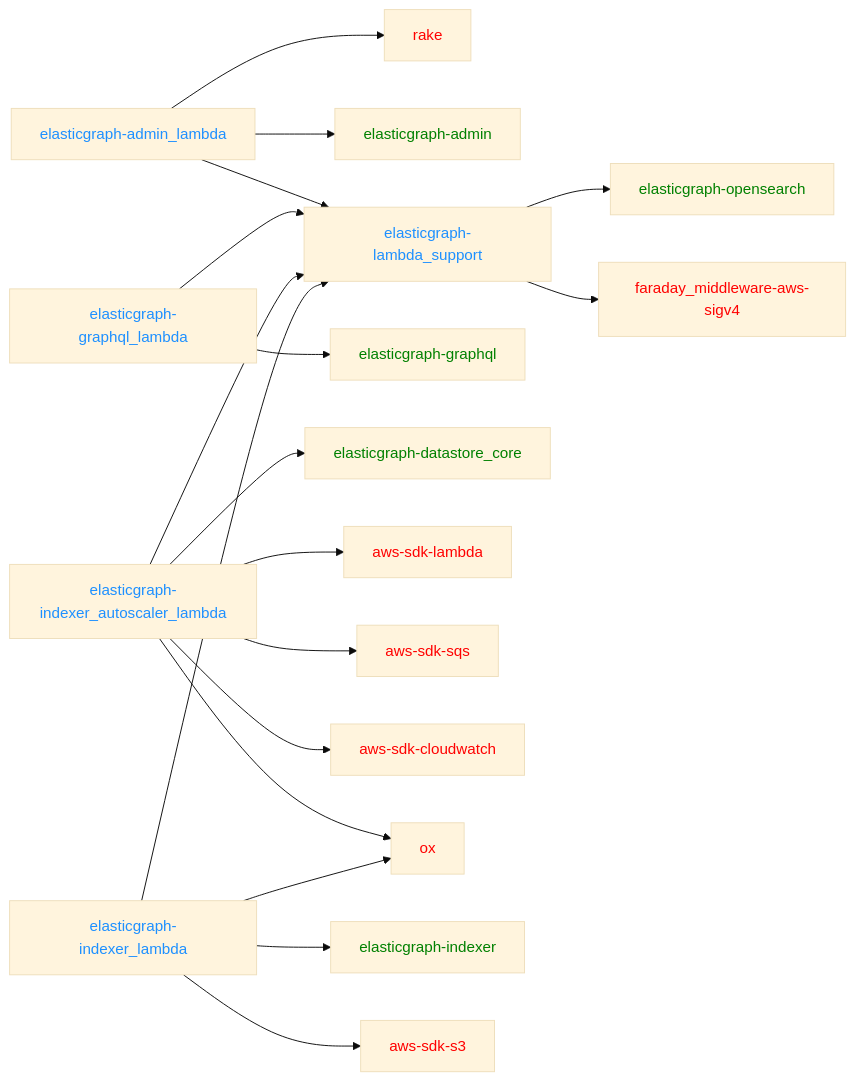
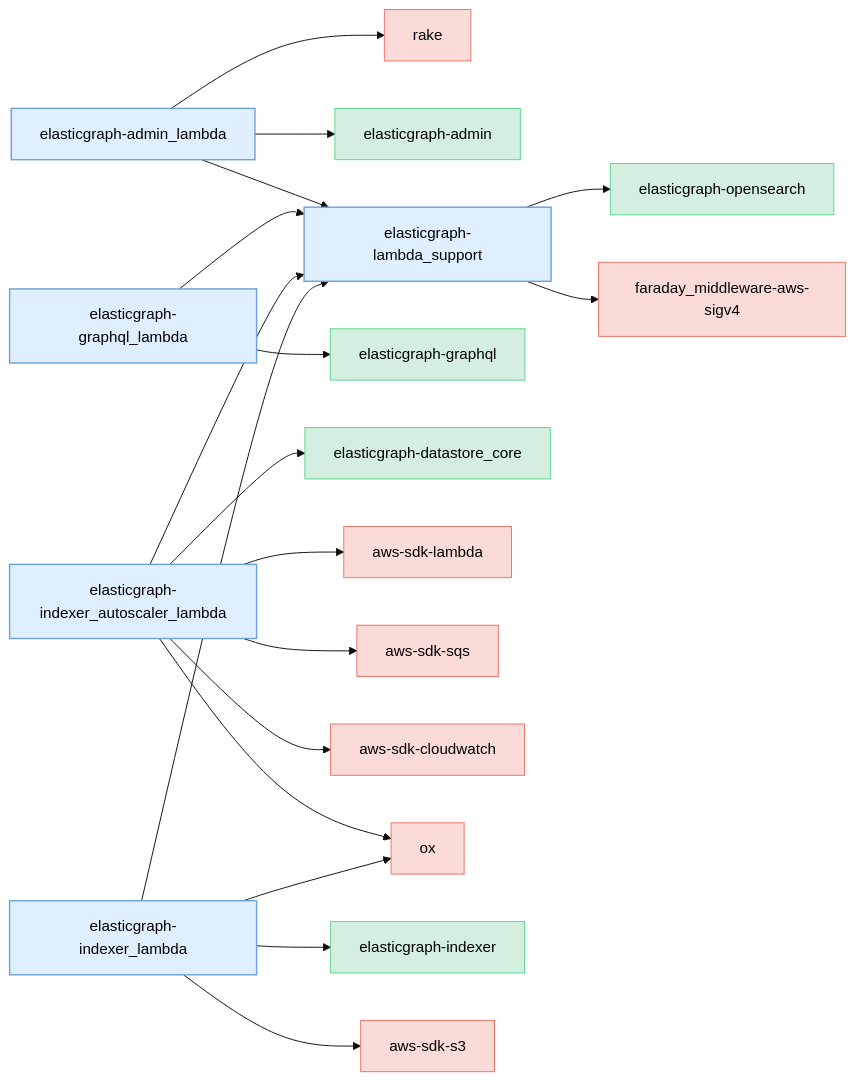
Before and after one commit to block/elasticgraph: the second of 5 diagrams in CODEBASE_OVERVIEW.md, drawn with Mermaid (base theme). The commit also changed other lines of this file and 23 other files, not shown here.

````diff
--- a/CODEBASE_OVERVIEW.md
+++ b/CODEBASE_OVERVIEW.md
@@ -65,32 +96,64 @@
 ```mermaid
 graph LR;
-    elasticgraph-admin_lambda --> rake & elasticgraph-admin & elasticgraph-lambda_support
-    elasticgraph-graphql_lambda --> elasticgraph-graphql & elasticgraph-lambda_support
-    elasticgraph-indexer_autoscaler_lambda --> elasticgraph-datastore_core & elasticgraph-lambda_support & aws-sdk-lambda & aws-sdk-sqs & aws-sdk-cloudwatch & ox
-    elasticgraph-indexer_lambda --> elasticgraph-indexer & elasticgraph-lambda_support & aws-sdk-s3 & ox
-    elasticgraph-lambda_support --> elasticgraph-opensearch & faraday_middleware-aws-sigv4
-    style elasticgraph-admin_lambda color:DodgerBlue;
-    style elasticgraph-graphql_lambda color:DodgerBlue;
-    style elasticgraph-indexer_autoscaler_lambda color:DodgerBlue;
-    style elasticgraph-indexer_lambda color:DodgerBlue;
-    style elasticgraph-lambda_support color:DodgerBlue;
-    style rake color:Red;
-    style elasticgraph-admin color:Green;
-    style elasticgraph-graphql color:Green;
-    style elasticgraph-datastore_core color:Green;
-    style aws-sdk-lambda color:Red;
-    style aws-sdk-sqs color:Red;
-    style aws-sdk-cloudwatch color:Red;
-    style ox color:Red;
-    style elasticgraph-indexer color:Green;
-    style aws-sdk-s3 color:Red;
-    style elasticgraph-opensearch color:Green;
-    style faraday_middleware-aws-sigv4 color:Red;
-click aws-sdk-cloudwatch href "https://rubygems.org/gems/aws-sdk-cloudwatch" "Open on RubyGems.org" _blank;
-click aws-sdk-lambda href "https://rubygems.org/gems/aws-sdk-lambda" "Open on RubyGems.org" _blank;
-click aws-sdk-s3 href "https://rubygems.org/gems/aws-sdk-s3" "Open on RubyGems.org" _blank;
-click aws-sdk-sqs href "https://rubygems.org/gems/aws-sdk-sqs" "Open on RubyGems.org" _blank;
-click faraday_middleware-aws-sigv4 href "https://rubygems.org/gems/faraday_middleware-aws-sigv4" "Open on RubyGems.org" _blank;
-click ox href "https://rubygems.org/gems/ox" "Open on RubyGems.org" _blank;
-click rake href "https://rubygems.org/gems/rake" "Open on RubyGems.org" _blank;
+    classDef currentCategoryGemStyle fill:#E0EFFF,stroke:#70A1D7,color:#000,stroke-width:1.5px;
+    classDef otherEgGemStyle fill:#D4EFDF,stroke:#58D68D,color:#000;
+    classDef externalGemCatStyle fill:#FADBD8,stroke:#EC7063,color:#000;
+    elasticgraph-admin_lambda["elasticgraph-admin_lambda"];
+    rake["rake"];
+    elasticgraph-admin["elasticgraph-admin"];
+    elasticgraph-lambda_support["elasticgraph-lambda_support"];
+    elasticgraph-graphql_lambda["elasticgraph-graphql_lambda"];
+    elasticgraph-graphql["elasticgraph-graphql"];
+    elasticgraph-indexer_autoscaler_lambda["elasticgraph-indexer_autoscaler_lambda"];
+    elasticgraph-datastore_core["elasticgraph-datastore_core"];
+    aws-sdk-lambda["aws-sdk-lambda"];
+    aws-sdk-sqs["aws-sdk-sqs"];
+    aws-sdk-cloudwatch["aws-sdk-cloudwatch"];
+    ox["ox"];
+    elasticgraph-indexer_lambda["elasticgraph-indexer_lambda"];
+    elasticgraph-indexer["elasticgraph-indexer"];
+    aws-sdk-s3["aws-sdk-s3"];
+    elasticgraph-opensearch["elasticgraph-opensearch"];
+    faraday_middleware-aws-sigv4["faraday_middleware-aws-sigv4"];
+    elasticgraph-admin_lambda --> rake;
+    elasticgraph-admin_lambda --> elasticgraph-admin;
+    elasticgraph-admin_lambda --> elasticgraph-lambda_support;
+    elasticgraph-graphql_lambda --> elasticgraph-graphql;
+    elasticgraph-graphql_lambda --> elasticgraph-lambda_support;
+    elasticgraph-indexer_autoscaler_lambda --> elasticgraph-datastore_core;
+    elasticgraph-indexer_autoscaler_lambda --> elasticgraph-lambda_support;
+    elasticgraph-indexer_autoscaler_lambda --> aws-sdk-lambda;
+    elasticgraph-indexer_autoscaler_lambda --> aws-sdk-sqs;
+    elasticgraph-indexer_autoscaler_lambda --> aws-sdk-cloudwatch;
+    elasticgraph-indexer_autoscaler_lambda --> ox;
+    elasticgraph-indexer_lambda --> elasticgraph-indexer;
+    elasticgraph-indexer_lambda --> elasticgraph-lambda_support;
+    elasticgraph-indexer_lambda --> aws-sdk-s3;
+    elasticgraph-indexer_lambda --> ox;
+    elasticgraph-lambda_support --> elasticgraph-opensearch;
+    elasticgraph-lambda_support --> faraday_middleware-aws-sigv4;
+    class elasticgraph-admin_lambda currentCategoryGemStyle;
+    class rake externalGemCatStyle;
+    class elasticgraph-admin otherEgGemStyle;
+    class elasticgraph-lambda_support currentCategoryGemStyle;
+    class elasticgraph-graphql_lambda currentCategoryGemStyle;
+    class elasticgraph-graphql otherEgGemStyle;
+    class elasticgraph-indexer_autoscaler_lambda currentCategoryGemStyle;
+    class elasticgraph-datastore_core otherEgGemStyle;
+    class aws-sdk-lambda externalGemCatStyle;
+    class aws-sdk-sqs externalGemCatStyle;
+    class aws-sdk-cloudwatch externalGemCatStyle;
+    class ox externalGemCatStyle;
+    class elasticgraph-indexer_lambda currentCategoryGemStyle;
+    class elasticgraph-indexer otherEgGemStyle;
+    class aws-sdk-s3 externalGemCatStyle;
+    class elasticgraph-opensearch otherEgGemStyle;
+    class faraday_middleware-aws-sigv4 externalGemCatStyle;
+    click rake href "https://rubygems.org/gems/rake" "Open on RubyGems.org" _blank;
+    click aws-sdk-lambda href "https://rubygems.org/gems/aws-sdk-lambda" "Open on RubyGems.org" _blank;
+    click aws-sdk-sqs href "https://rubygems.org/gems/aws-sdk-sqs" "Open on RubyGems.org" _blank;
+    click aws-sdk-cloudwatch href "https://rubygems.org/gems/aws-sdk-cloudwatch" "Open on RubyGems.org" _blank;
+    click ox href "https://rubygems.org/gems/ox" "Open on RubyGems.org" _blank;
+    click aws-sdk-s3 href "https://rubygems.org/gems/aws-sdk-s3" "Open on RubyGems.org" _blank;
+    click faraday_middleware-aws-sigv4 href "https://rubygems.org/gems/faraday_middleware-aws-sigv4" "Open on RubyGems.org" _blank;
 ```
````
